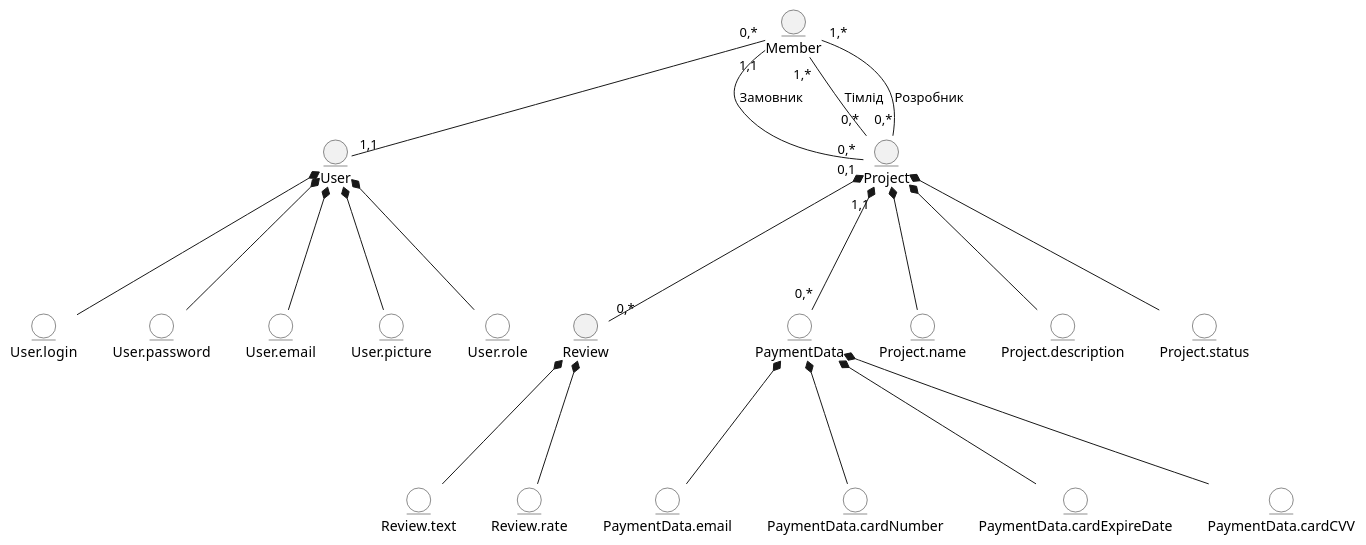
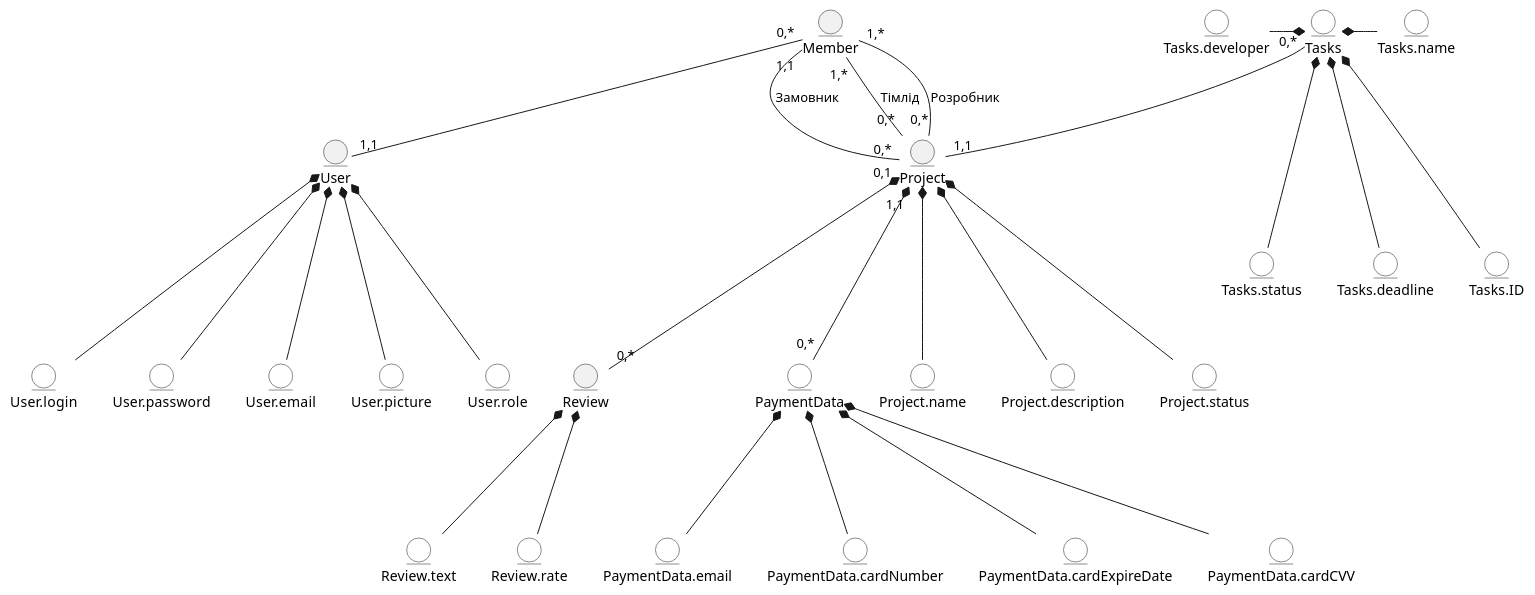
The diagram in docs/design/README.md (edu-db/edu_db_labs), drawn with PlantUML before and after one commit.

Commit message:
Made third part of BE model

```diff
--- a/docs/design/README.md
+++ b/docs/design/README.md
@@ -1,52 +1,64 @@
 @startuml
 
     entity Project
     entity Project.name #ffffff
     entity Project.description #ffffff
     entity Project.status #ffffff
+    entity Tasks #ffffff
+    entity Tasks.status #ffffff
+    entity Tasks.name #ffffff
+    entity Tasks.developer #ffffff
+    entity Tasks.deadline #ffffff
+    entity Tasks.ID #ffffff
 
     entity PaymentData #ffffff
     entity PaymentData.email #ffffff
     entity PaymentData.cardNumber #ffffff
     entity PaymentData.cardExpireDate #ffffff
     entity PaymentData.cardCVV #ffffff
 
     entity Review
     entity Review.text #ffffff
     entity Review.rate #ffffff
 
     entity User
     entity User.login #ffffff
     entity User.password #ffffff
     entity User.email #ffffff
     entity User.picture #ffffff
     entity User.role #ffffff
 
     entity Member
 
     Project.name --u-*  Project
     Project.description --u-*  Project
     Project.status --u-*  Project
+    Tasks "0,*" -- "1,1"  Project
+    Tasks.status --u-*  Tasks
+    Tasks.name --l-*  Tasks
+    Tasks.developer --r-*  Tasks
+    Tasks.deadline --u-*  Tasks
+    Tasks.ID --u-*  Tasks
 
     PaymentData "0,*" --u-* "1,1" Project
     PaymentData.email --u-* PaymentData
     PaymentData.cardNumber --u-* PaymentData
     PaymentData.cardExpireDate --u-* PaymentData
     PaymentData.cardCVV --u-* PaymentData
 
     Review  "0,*" --u-* "0,1" Project
     Review.text --u-* Review
     Review.rate --u-* Review
 
     User.login --u-* User
     User.password --u-* User
     User.email --u-* User
     User.picture --u-* User
     User.role --u-* User
 
     Member "0,*" -- "1,1" User
     Member "1,1" -- "0,*" Project:Замовник
     Member "1,*" -- "0,*" Project:Тімлід
     Member "1,*" -- "0,*" Project:Розробник
 
 @enduml
```
